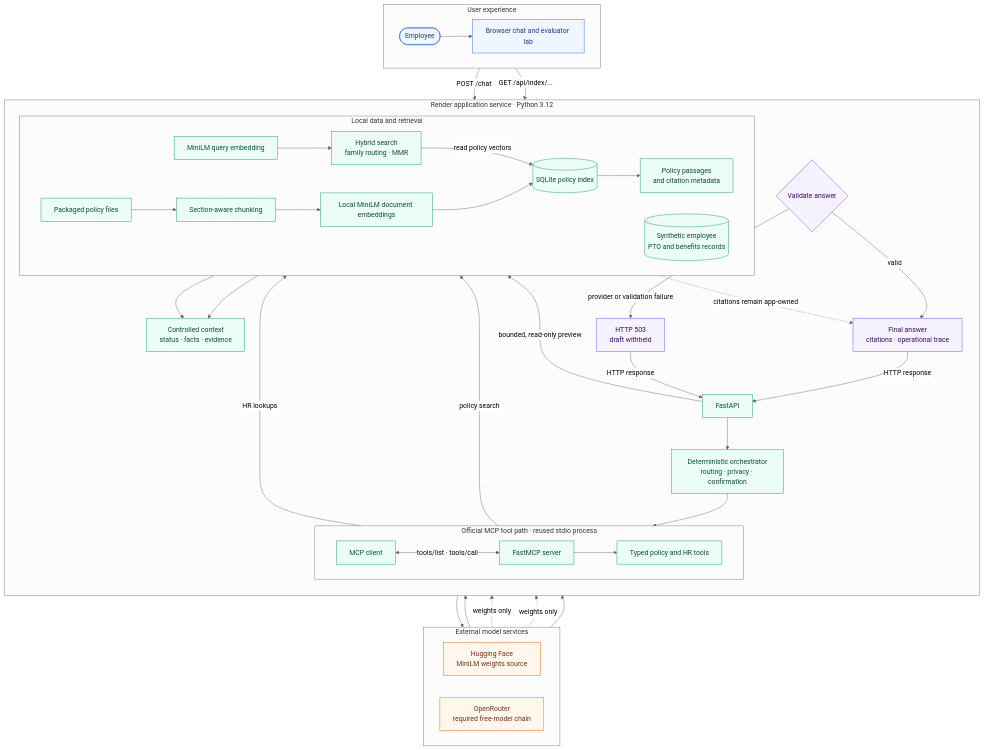
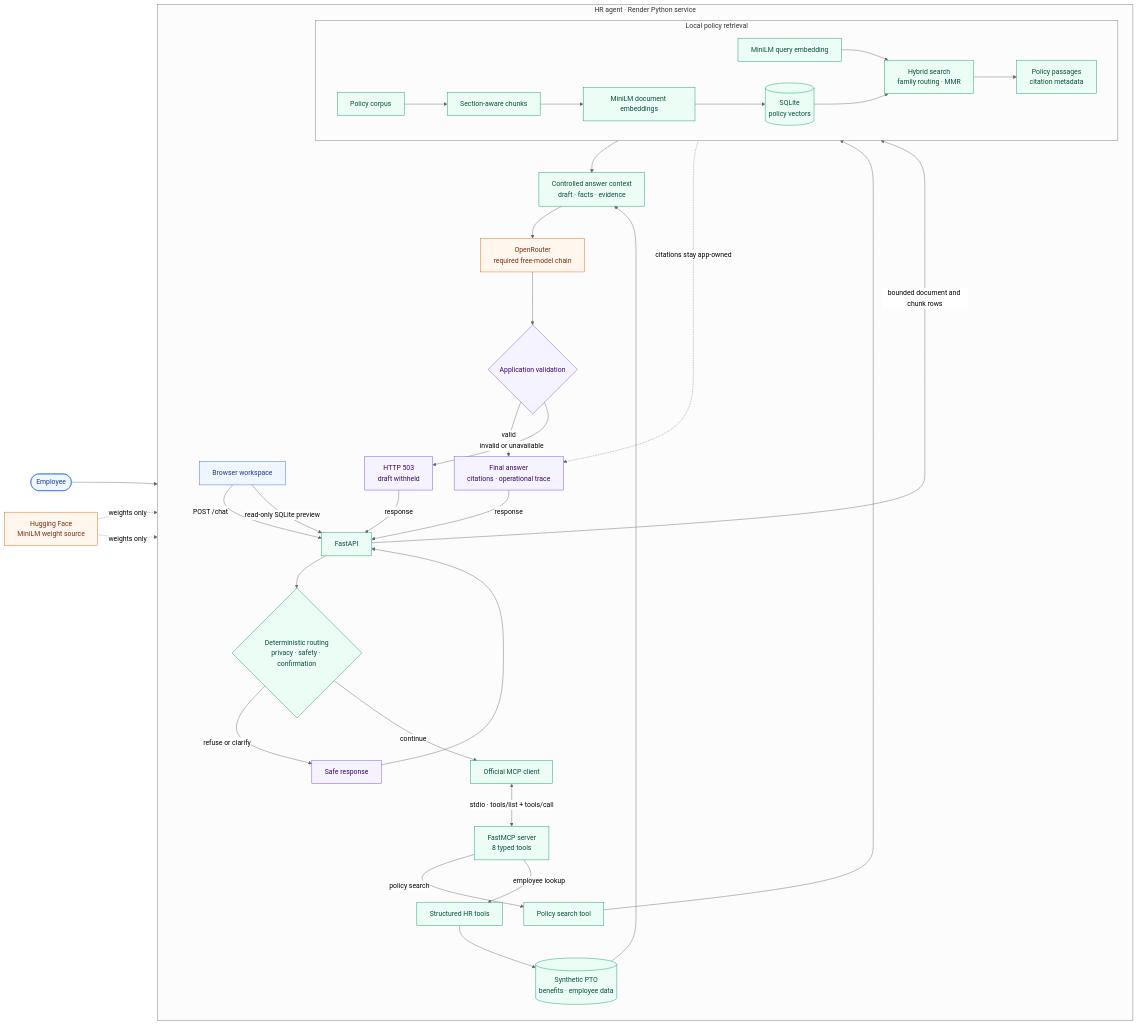
One commit to MSAIE2027/Project-HR-Agent changed the first of 2 diagrams in README.md. Above: the diagram before and after it, drawn with Mermaid (neutral theme). The commit also changed other lines of this file, not shown here.

Commit message:
docs: simplify README architecture visual

````diff
--- a/README.md
+++ b/README.md
@@ -7,65 +7,55 @@
 ```mermaid
-flowchart TB
-    subgraph Experience["User experience"]
-        direction LR
-        Employee([Employee]) --> Browser[Browser chat and evaluator lab]
+flowchart LR
+    Employee([Employee]) --> Browser[Browser workspace]
+
+    subgraph App["HR agent · Render Python service"]
+        direction TB
+        Browser -->|POST /chat| API[FastAPI]
+        API --> Guard{Deterministic routing<br/>privacy · safety · confirmation}
+        Guard -->|refuse or clarify| Refusal[Safe response]
+        Guard -->|continue| Client[Official MCP client]
+        Client <-->|stdio · tools/list + tools/call| Server[FastMCP server<br/>8 typed tools]
+
+        Server -->|policy search| SearchTool[Policy search tool]
+        Server -->|employee lookup| HRTool[Structured HR tools]
+
+        subgraph Retrieval["Local policy retrieval"]
+            direction LR
+            Query[MiniLM query embedding] --> Search[Hybrid search<br/>family routing · MMR]
+            Index[(SQLite<br/>policy vectors)] --> Search
+            Search --> Evidence[Policy passages<br/>citation metadata]
+            Policies[Policy corpus] --> Chunk[Section-aware chunks]
+            Chunk --> DocEmbed[MiniLM document embeddings]
+            DocEmbed --> Index
+        end
+        SearchTool --> Query
+        HRTool --> Records[(Synthetic PTO<br/>benefits · employee data)]
+
+        Evidence --> Context[Controlled answer context<br/>draft · facts · evidence]
+        Records --> Context
+        Context --> OpenRouter
+        OpenRouter --> Validate{Application validation}
+        Validate -->|valid| Answer[Final answer<br/>citations · operational trace]
+        Validate -->|invalid or unavailable| Fail[HTTP 503<br/>draft withheld]
+        Evidence -. citations stay app-owned .-> Answer
+        Answer -->|response| API
+        Refusal --> API
+        Fail -->|response| API
+
+        Browser -->|read-only SQLite preview| API
+        API -->|bounded document and chunk rows| Index
     end
 
-    subgraph Providers["External model services"]
-        direction LR
-        HF[Hugging Face<br/>MiniLM weights source]
-        Compose[OpenRouter<br/>required free-model chain]
-    end
-
-    subgraph Service["Render application service · Python 3.12"]
-        direction TB
-        Browser -->|POST /chat| API[FastAPI]
-        API --> Agent[Deterministic orchestrator<br/>routing · privacy · confirmation]
-
-        subgraph MCP["Official MCP tool path · reused stdio process"]
-            direction LR
-            Client[MCP client] <-->|tools/list · tools/call| Server[FastMCP server]
-            Server --> Tools[Typed policy and HR tools]
-        end
-        Agent --> Client
-
-        subgraph Local["Local data and retrieval"]
-            direction LR
-            Query[MiniLM query embedding] --> Rank[Hybrid search<br/>family routing · MMR]
-            Rank -->|read policy vectors| SQLite[(SQLite policy index)]
-            SQLite --> Evidence[Policy passages<br/>and citation metadata]
-            Records[(Synthetic employee<br/>PTO and benefits records)]
-            Policies[Packaged policy files] --> Ingest[Section-aware chunking]
-            Ingest --> DocEmbeddings[Local MiniLM document embeddings]
-            DocEmbeddings --> SQLite
-        end
-        Tools -->|policy search| Query
-        Tools -->|HR lookups| Records
-
-        Records --> Draft[Controlled context<br/>status · facts · evidence]
-        Evidence --> Draft
-        Draft --> Compose
-        Compose --> Validate{Validate answer}
-        Validate -->|valid| Answer[Final answer<br/>citations · operational trace]
-        Validate -->|provider or validation failure| Fail[HTTP 503<br/>draft withheld]
-        Evidence -.->|citations remain app-owned| Answer
-        Answer -->|HTTP response| API
-        Fail -->|HTTP response| API
-
-        Browser -->|GET /api/index/...| API
-        API -->|bounded, read-only preview| SQLite
-    end
-
-    HF -.->|weights only| Query
-    HF -.->|weights only| DocEmbeddings
-    Compose --> Validate
+    HF[Hugging Face<br/>MiniLM weight source] -. weights only .-> Query
+    HF -. weights only .-> DocEmbed
+    OpenRouter[OpenRouter<br/>required free-model chain]
 
     classDef client fill:#eff6ff,stroke:#2563eb,color:#1e3a8a
     classDef local fill:#ecfdf5,stroke:#059669,color:#064e3b
     classDef external fill:#fff7ed,stroke:#ea5800,color:#7c2d12
     classDef output fill:#f5f3ff,stroke:#7c3aed,color:#3b0764
     class Employee,Browser client
-    class API,Agent,Client,Server,Tools,Query,Rank,SQLite,Evidence,Records,Draft,Policies,Ingest,DocEmbeddings local
-    class HF,Compose external
-    class Validate,Answer,Fail output
+    class API,Guard,Client,Server,SearchTool,HRTool,Query,Search,Index,Evidence,Policies,Chunk,DocEmbed,Records,Context local
+    class HF,OpenRouter external
+    class Refusal,Validate,Answer,Fail output
 ```
````
